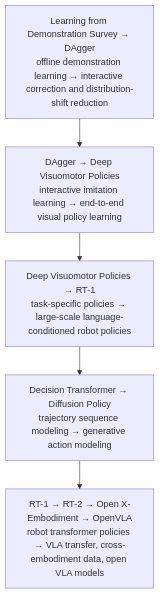
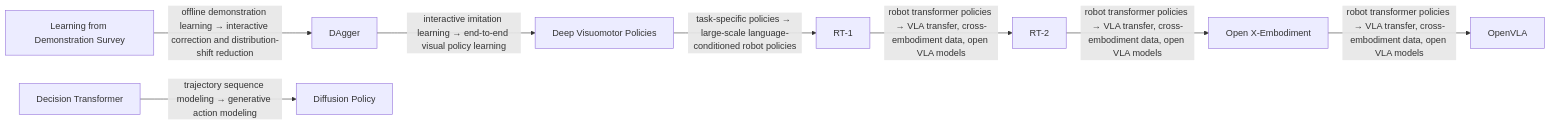
Diagram 11 of 15 in README.md (SechanOh/awesome-multimodal-perception), drawn with Mermaid before and after one commit. The commit also changed other lines of this file, not shown here.

Commit message:
Refine field evolution diagrams

````diff
--- a/README.md
+++ b/README.md
@@ -456,9 +514,19 @@
 ```mermaid
-flowchart TD
-    step1["Learning from Demonstration Survey → DAgger<br/>offline demonstration learning → interactive correction and distribution-shift reduction"]
-    step2["DAgger → Deep Visuomotor Policies<br/>interactive imitation learning → end-to-end visual policy learning"]
-    step3["Deep Visuomotor Policies → RT-1<br/>task-specific policies → large-scale language-conditioned robot policies"]
-    step4["Decision Transformer → Diffusion Policy<br/>trajectory sequence modeling → generative action modeling"]
-    step5["RT-1 → RT-2 → Open X-Embodiment → OpenVLA<br/>robot transformer policies → VLA transfer, cross-embodiment data, open VLA models"]
-    step1 --> step2 --> step3 --> step4 --> step5
+flowchart LR
+    s10n1["Learning from Demonstration Survey"]
+    s10n2["DAgger"]
+    s10n3["Deep Visuomotor Policies"]
+    s10n4["RT-1"]
+    s10n5["Decision Transformer"]
+    s10n6["Diffusion Policy"]
+    s10n7["RT-2"]
+    s10n8["Open X-Embodiment"]
+    s10n9["OpenVLA"]
+    s10n1 -->|"offline demonstration learning → interactive correction and distribution-shift reduction"| s10n2
+    s10n2 -->|"interactive imitation learning → end-to-end visual policy learning"| s10n3
+    s10n3 -->|"task-specific policies → large-scale language-conditioned robot policies"| s10n4
+    s10n5 -->|"trajectory sequence modeling → generative action modeling"| s10n6
+    s10n4 -->|"robot transformer policies → VLA transfer, cross-embodiment data, open VLA models"| s10n7
+    s10n7 -->|"robot transformer policies → VLA transfer, cross-embodiment data, open VLA models"| s10n8
+    s10n8 -->|"robot transformer policies → VLA transfer, cross-embodiment data, open VLA models"| s10n9
 ```
````
